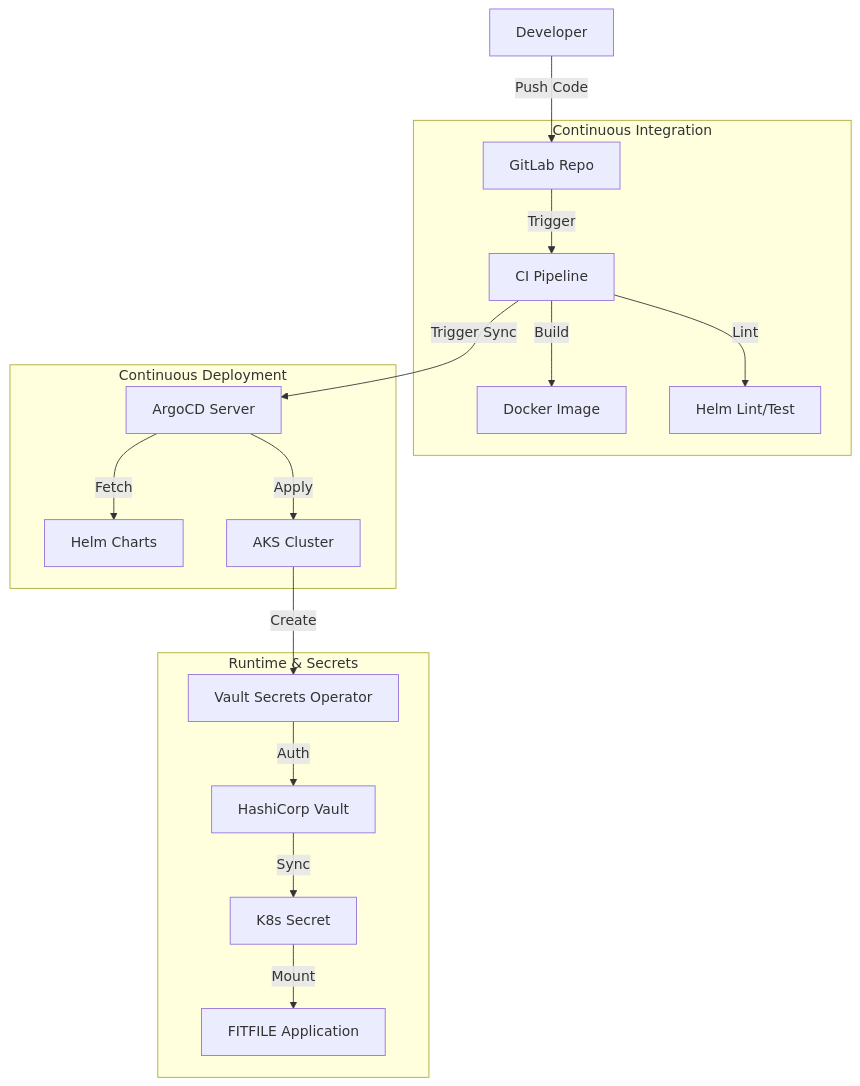
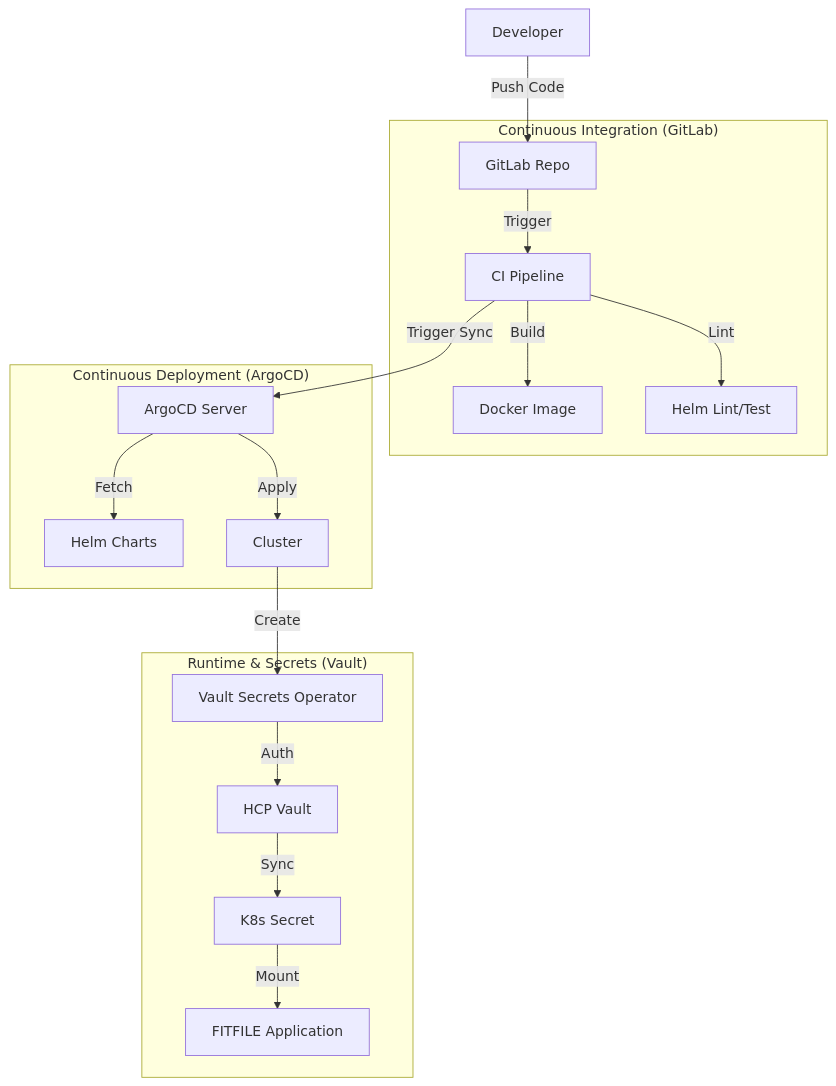
One commit to leonormes/zetteleon changed the diagram in 30_Library/SoT/SoT - FITFILE Platform Deployment.md. Above: the diagram before and after it, drawn with Mermaid. The commit also changed other lines of this file and 2718 other files, not shown here.

````diff
--- a/30_Library/SoT/SoT - FITFILE Platform Deployment.md
+++ b/30_Library/SoT/SoT - FITFILE Platform Deployment.md
@@ -32,23 +46,23 @@
 ```mermaid
 graph TD
     Dev[Developer] -->|Push Code| GitLab[GitLab Repo]
     
-    subgraph "Continuous Integration"
+    subgraph "Continuous Integration (GitLab)"
         GitLab -->|Trigger| Pipeline[CI Pipeline]
         Pipeline -->|Build| Docker[Docker Image]
         Pipeline -->|Lint| Validate[Helm Lint/Test]
     end
     
-    subgraph "Continuous Deployment"
+    subgraph "Continuous Deployment (ArgoCD)"
         Pipeline -->|Trigger Sync| ArgoCD[ArgoCD Server]
         ArgoCD -->|Fetch| Charts[Helm Charts]
-        ArgoCD -->|Apply| K8s[AKS Cluster]
+        ArgoCD -->|Apply| K8s[Cluster]
     end
     
-    subgraph "Runtime & Secrets"
+    subgraph "Runtime & Secrets (Vault)"
         K8s -->|Create| VSO[Vault Secrets Operator]
-        VSO -->|Auth| Vault[HashiCorp Vault]
+        VSO -->|Auth| Vault[HCP Vault]
         Vault -->|Sync| Secret[K8s Secret]
         Secret -->|Mount| App[FITFILE Application]
     end
 ```
````
